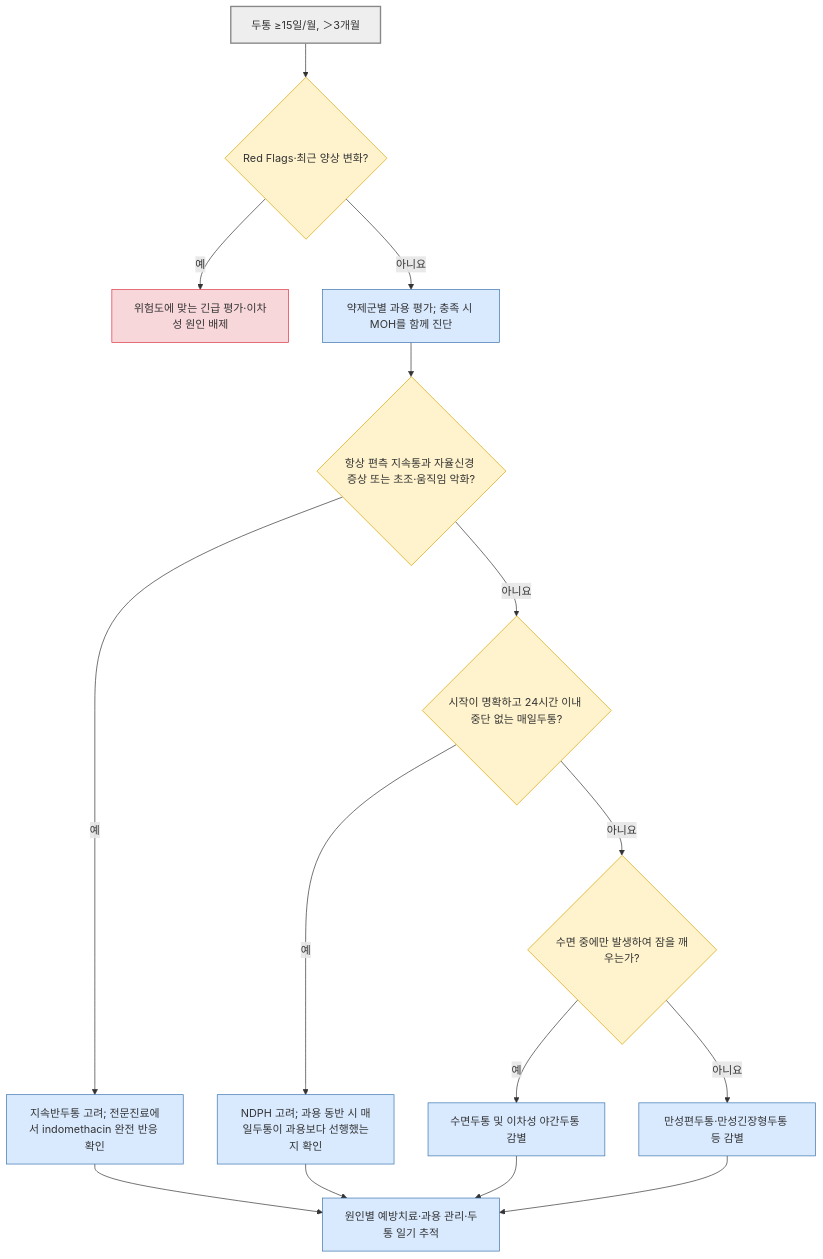
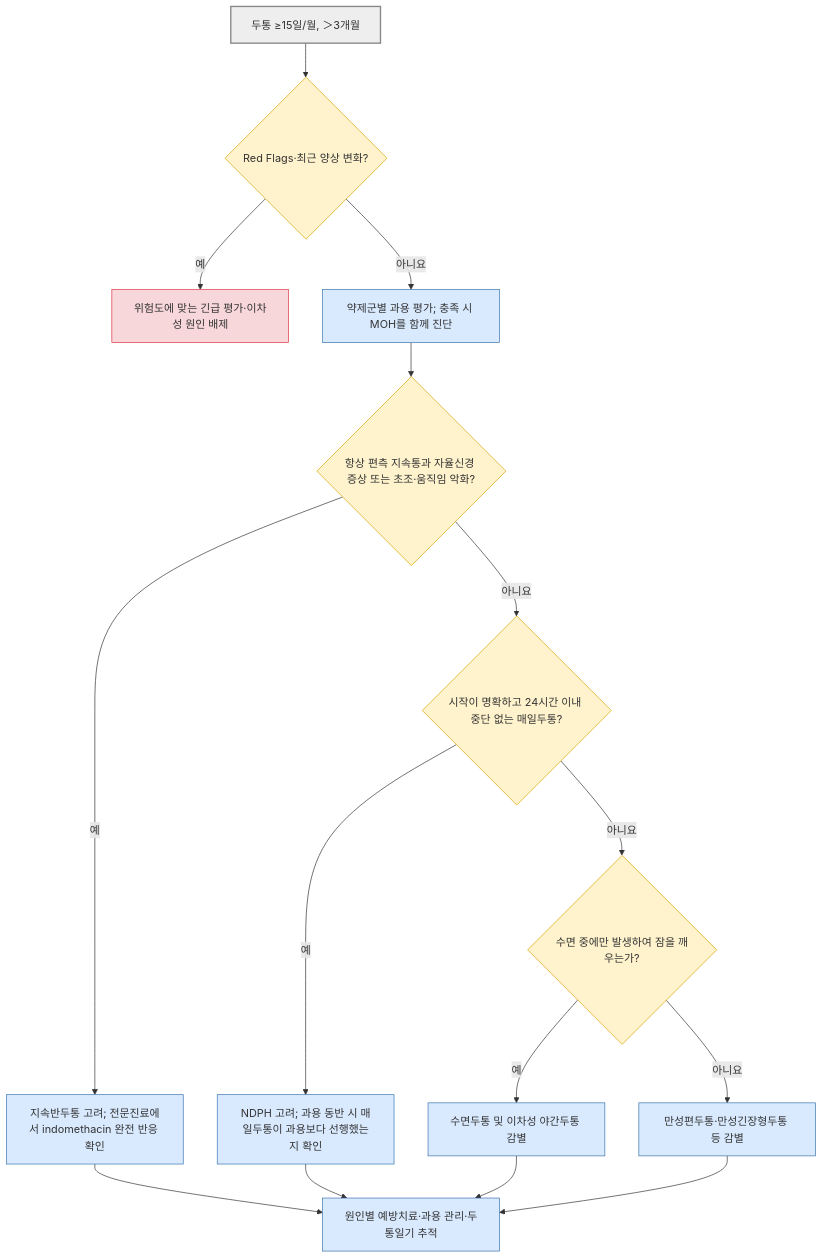
Before and after one commit to familyoh77/familyoh77: the diagram in 221_/018_-chronic-headache.md, drawn with Mermaid. The commit also changed other lines of this file and 3 other files, not shown here.

````diff
--- a/221_/018_-chronic-headache.md
+++ b/221_/018_-chronic-headache.md
@@ -42,25 +42,25 @@
 ```mermaid
 flowchart TD
     A["두통 ≥15일/월, ＞3개월"] --> B{"Red Flags·최근 양상 변화?"}
     B -- "예" --> C["위험도에 맞는 긴급 평가·이차성 원인 배제"]
     B -- "아니요" --> D["약제군별 과용 평가; 충족 시 MOH를 함께 진단"]
     D --> E{"항상 편측 지속통과 자율신경 증상 또는 초조·움직임 악화?"}
     E -- "예" --> F["지속반두통 고려; 전문진료에서 indomethacin 완전 반응 확인"]
     E -- "아니요" --> G{"시작이 명확하고 24시간 이내 중단 없는 매일두통?"}
     G -- "예" --> H["NDPH 고려; 과용 동반 시 매일두통이 과용보다 선행했는지 확인"]
     G -- "아니요" --> I{"수면 중에만 발생하여 잠을 깨우는가?"}
     I -- "예" --> J["수면두통 및 이차성 야간두통 감별"]
     I -- "아니요" --> K["만성편두통·만성긴장형두통 등 감별"]
-    F --> L["원인별 예방치료·과용 관리·두통 일기 추적"]
+    F --> L["원인별 예방치료·과용 관리·두통일기 추적"]
     H --> L
     J --> L
     K --> L
     classDef start fill:#eee,stroke:#888,stroke-width:2px;
     classDef decision fill:#fff3cd,stroke:#d6a400;
     classDef emergency fill:#f8d7da,stroke:#dc3545;
     classDef care fill:#d9eaff,stroke:#3973ac;
     class A start;
     class B,E,G,I decision;
     class C emergency;
     class D,F,H,J,K,L care;
 ```
````
